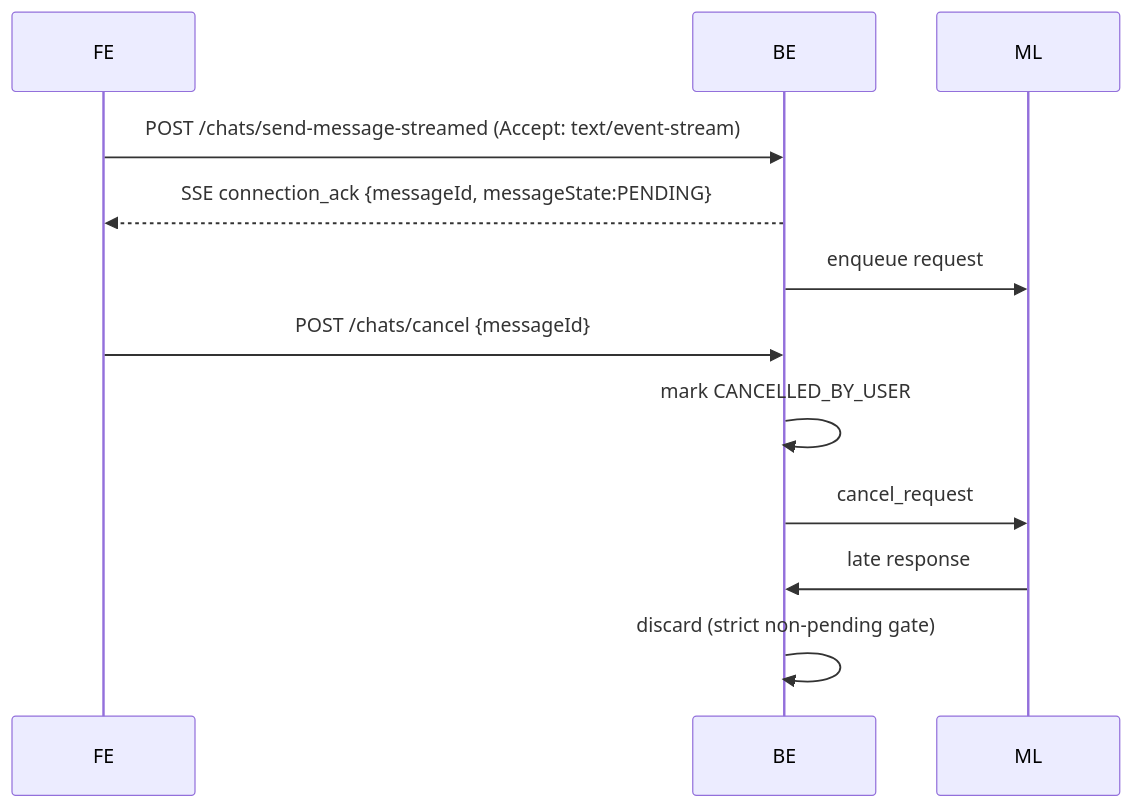
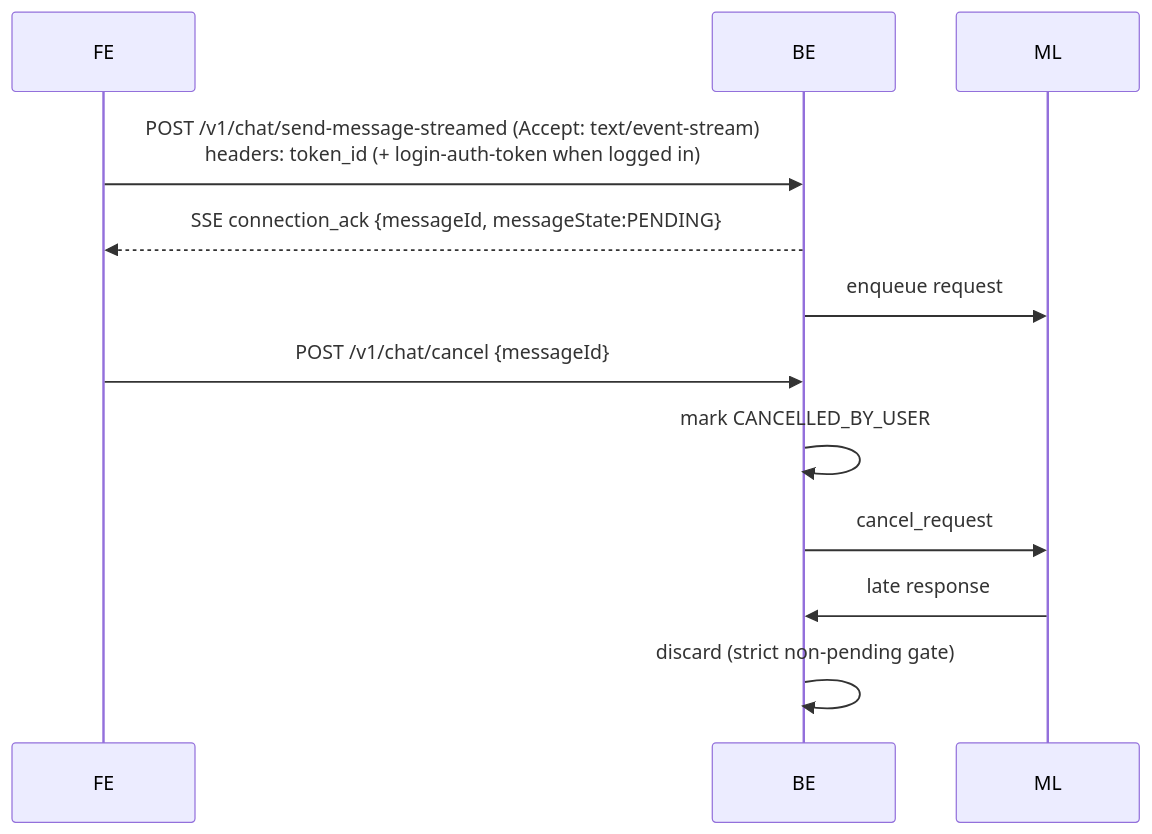
Before and after one commit to sachin-hg/chat-demo: the third of 6 diagrams in chat_v1.md, drawn with Mermaid. The commit also changed other lines of this file and 42 other files, not shown here.

````diff
--- a/chat_v1.md
+++ b/chat_v1.md
@@ -572,18 +577,18 @@
 ```mermaid
 sequenceDiagram
     participant FE
     participant BE
     participant ML
 
-    FE->>BE: POST /chats/send-message-streamed (Accept: text/event-stream)
+    FE->>BE: POST /v1/chat/send-message-streamed (Accept: text/event-stream)<br/>headers: token_id (+ login-auth-token when logged in)
     BE-->>FE: SSE connection_ack {messageId, messageState:PENDING}
     BE->>ML: enqueue request
 
-    FE->>BE: POST /chats/cancel {messageId}
+    FE->>BE: POST /v1/chat/cancel {messageId}
     BE->>BE: mark CANCELLED_BY_USER
     BE->>ML: cancel_request
 
     ML->>BE: late response
     BE->>BE: discard (strict non-pending gate)
 
 ```
````
